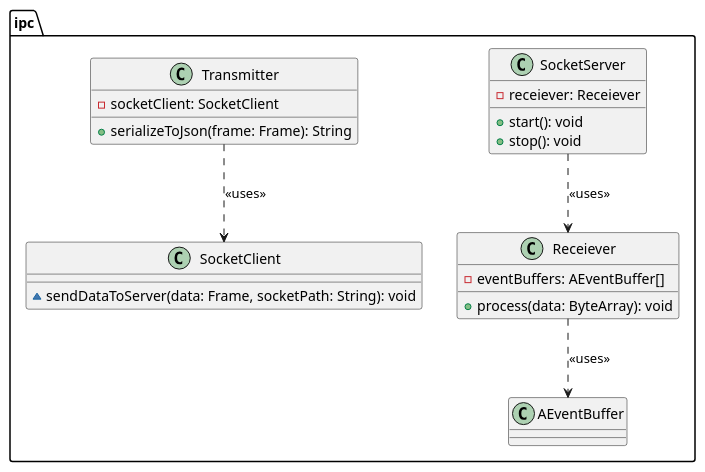
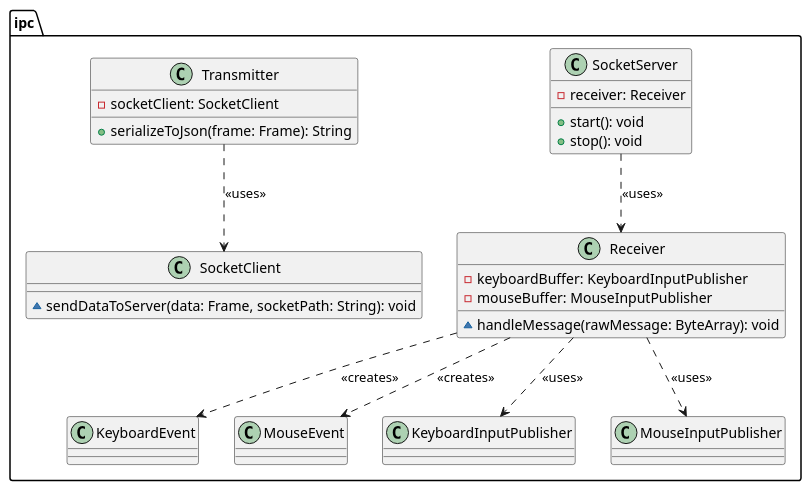
Before and after one commit to Pending-Name-21/arquitecture: the diagram in uml/frontend-software-system/ipc.puml, drawn with PlantUML. The commit also changed 1 other file, not shown here.

Commit message:
refactor: updated process input event notification
Receiver creates events such as KeyboardEvent.

Refactoring Reasons:
- Maintainability:
    How many event types can there be?
    A mouse event has coordinates, but a keyboard event doesn't.
    Yet, there is only one EventType.

Refactoring Effects:
    Game developers can choose to subscribe to a specific input device.
    Subscribers will be notified of every relevant event produced
    by the input device they subscribed to.

```diff
--- a/uml/frontend-software-system/ipc.puml
+++ b/uml/frontend-software-system/ipc.puml
@@ -1,38 +1,42 @@
 @startuml
 package ipc {
 /'
 ------------------------------
 Server
 ------------------------------
 '/
     ' The channel
     class SocketServer {
-        -receiever: Receiever
+        -receiver: Receiver
         +start(): void
         +stop(): void
     }
-    SocketServer ..> Receiever: <<uses>>
+    SocketServer ..> Receiver: <<uses>>
 
-    class Receiever {
-        -eventBuffers: AEventBuffer[]
-        +process(data: ByteArray): void
+    class Receiver {
+        -keyboardBuffer: KeyboardInputPublisher
+        -mouseBuffer: MouseInputPublisher
+        ~handleMessage(rawMessage: ByteArray): void
     }
-    Receiever ..> AEventBuffer: <<uses>>
+    Receiver ..> KeyboardEvent: <<creates>>
+    Receiver ..> MouseEvent: <<creates>>
+    Receiver ..> KeyboardInputPublisher: <<uses>>
+    Receiver ..> MouseInputPublisher: <<uses>>
 
 /'
 ------------------------------
 Client
 ------------------------------
 '/
     ' The channel
     class SocketClient {
         ~sendDataToServer(data: Frame, socketPath: String): void
     }
 
     class Transmitter {
         -socketClient: SocketClient
         +serializeToJson(frame: Frame): String
     }
     Transmitter ..> SocketClient: <<uses>>
 }
 @enduml
```
